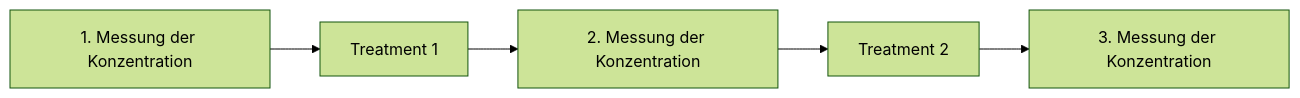
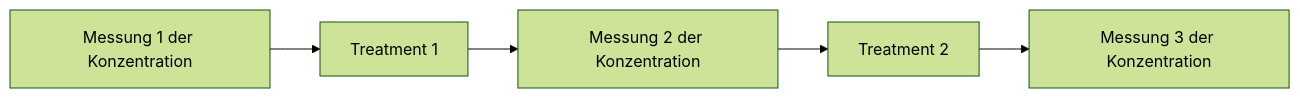
One commit to sebastiansauer/fopra changed the sixth of 10 diagrams in 050-Explikation.qmd. Above: the diagram before and after it, drawn with Mermaid (forest theme). The commit also changed other lines of this file and 6 other files, not shown here.

````diff
--- a/050-Explikation.qmd
+++ b/050-Explikation.qmd
@@ -438,9 +453,9 @@
 ```{mermaid}
 %%| label: fig-within
 %%| fig-cap: Beispiel für ein Within-Subject-Design
-flowchart LR
-  M1[1. Messung der Konzentration] --> I1[Treatment 1]
-  I1 --> M2[2. Messung der Konzentration]
+graph LR
+  M1[Messung 1 der Konzentration] --> I1[Treatment 1]
+  I1 --> M2[Messung 2 der Konzentration]
   M2 --> I2[Treatment 2]
-  I2 --> M3[3. Messung der Konzentration]
+  I2 --> M3[Messung 3 der Konzentration]
 ```
````
